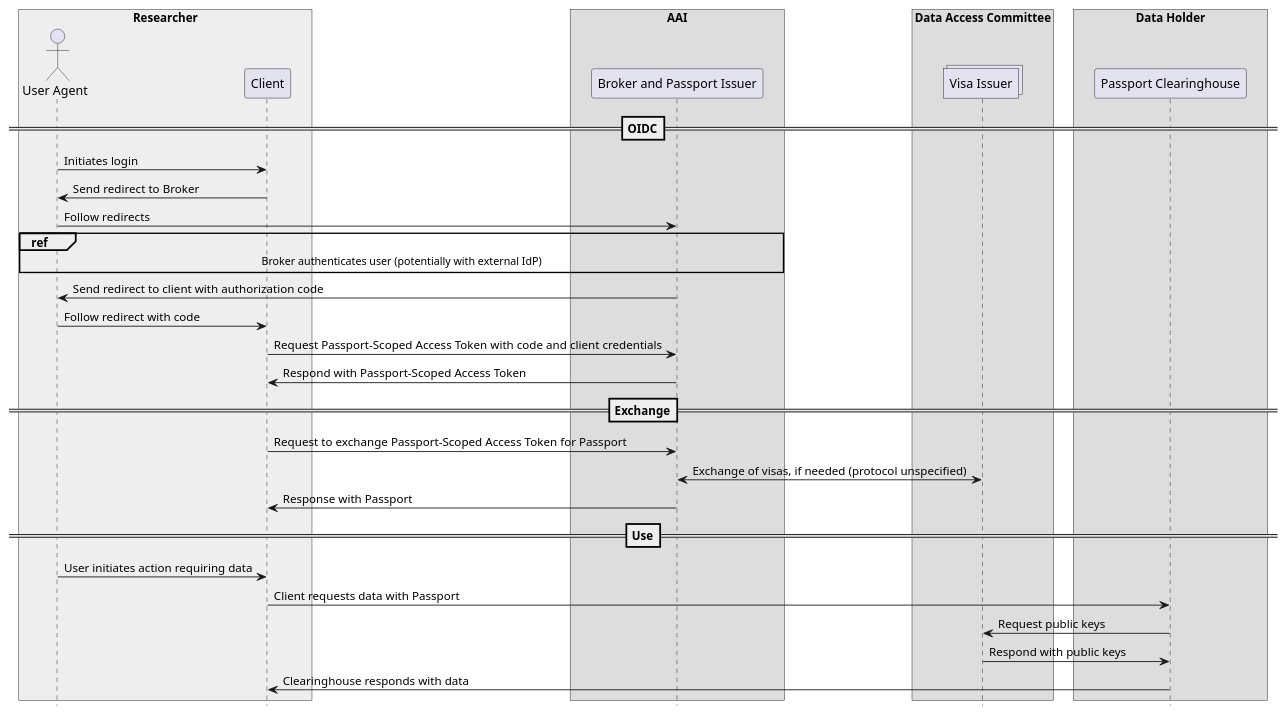
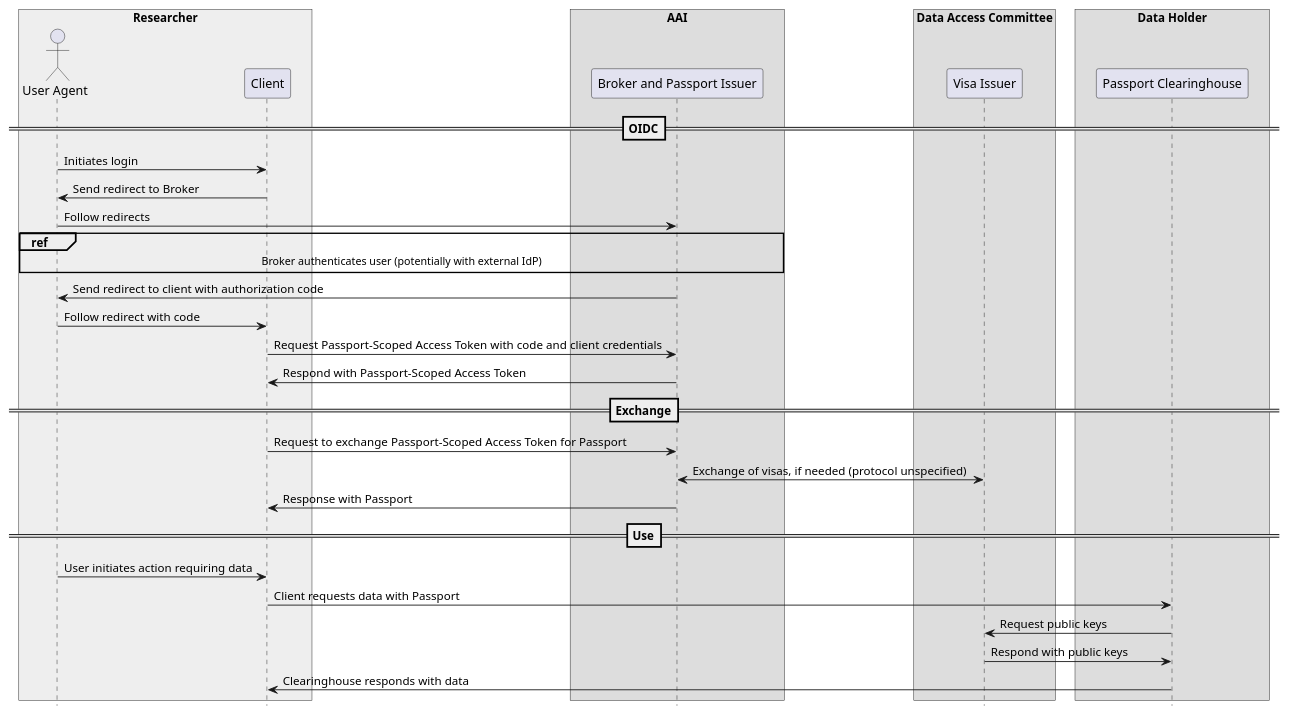
The first of 5 diagrams in AAI/AAIConnectProfile.md (ga4gh/data-security), drawn with PlantUML before and after one commit. The commit also changed other lines of this file, not shown here.

Commit message:
single Visa Issuers in sequence diagrams

```diff
--- a/AAI/AAIConnectProfile.md
+++ b/AAI/AAIConnectProfile.md
@@ -275,51 +275,51 @@
 {% plantuml %}
 
 hide footbox
 skinparam BoxPadding 10
 skinparam ParticipantPadding 20
 
 box "Researcher"  #eee
 actor       "User Agent"                as user
 participant Client                      as client
 end box
 
 box "AAI"
 participant "Broker and Passport Issuer"                      as broker
 end box
 
 box "Data Access Committee"
-collections "Visa Issuer"            as issuer
+participant "Visa Issuer"            as issuer
 end box
 
 box "Data Holder"
 participant "Passport Clearinghouse"            as clearing
 end box
 
 ==OIDC==
 
 user -> client : Initiates login
 client -> user : Send redirect to Broker
 user -> broker : Follow redirects
 ref over user, client, broker
 Broker authenticates user (potentially with external IdP)
 end ref
 broker -> user : Send redirect to client with authorization code
 user -> client : Follow redirect with code
 client -> broker : Request Passport-Scoped Access Token with code and client credentials
 broker -> client : Respond with Passport-Scoped Access Token
 
 ==Exchange==
 
 client -> broker : Request to exchange Passport-Scoped Access Token for Passport
 broker <-> issuer : Exchange of visas, if needed (protocol unspecified)
 client <- broker : Response with Passport
 
 ==Use==
 
 user -> client : User initiates action requiring data
 client -> clearing : Client requests data with Passport
 clearing -> issuer : Request public keys
 issuer -> clearing : Respond with public keys
 client <- clearing : Clearinghouse responds with data
 
 {% endplantuml %}
```
